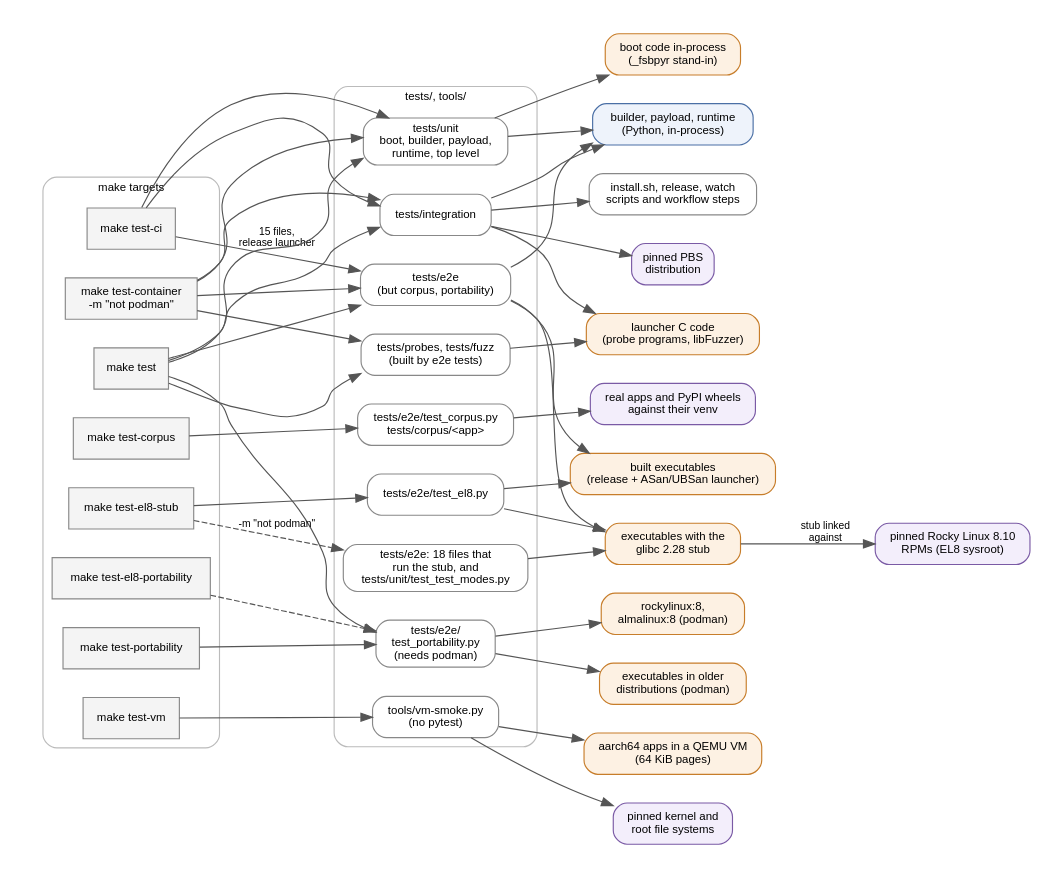
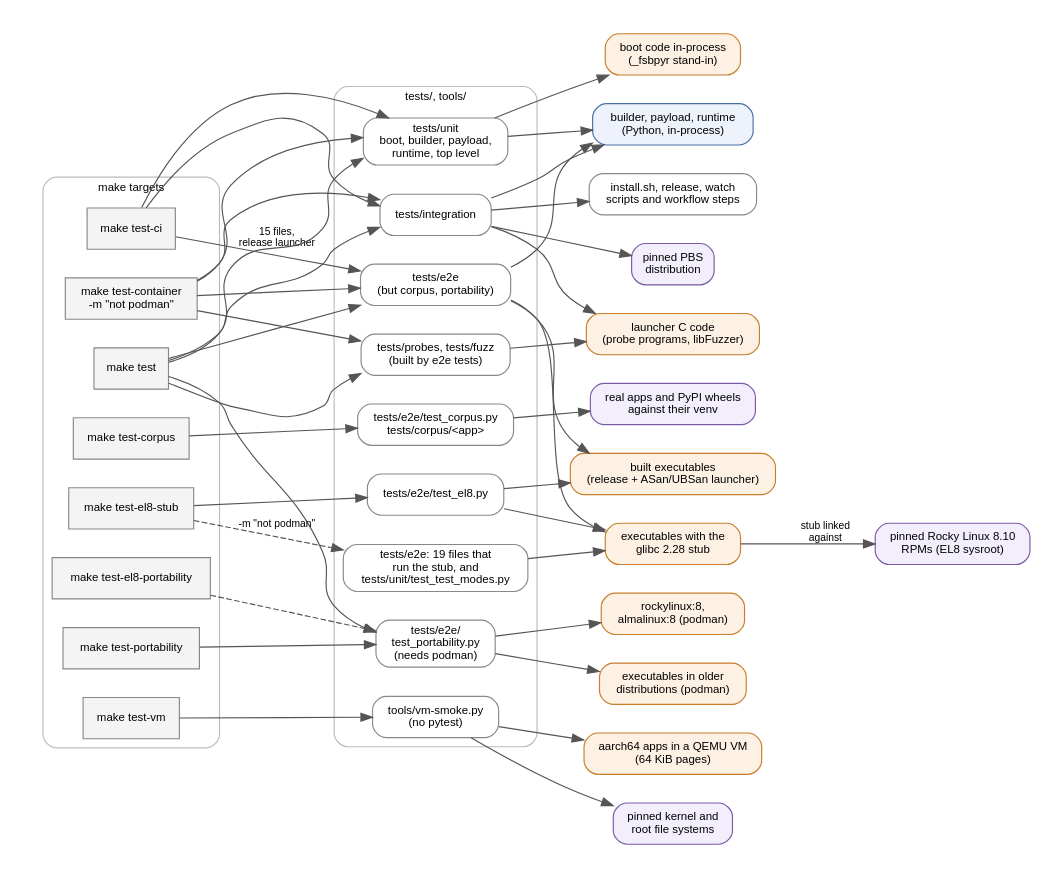
The diagram in wiki/diagrams/testing-layers.dot (devitops-com/fsbpyr), drawn with Graphviz before and after one commit. The commit also changed 7 other files, not shown here.

```diff
--- a/wiki/diagrams/testing-layers.dot
+++ b/wiki/diagrams/testing-layers.dot
@@ -1,91 +1,91 @@
 // The test layers of fsbpyr v0.30.0: which make target runs each (left), the test
 // directories and tools/vm-smoke.py (middle), and what each exercises (right). Colours on the
 // right follow the wiki's legend: build time (blue), run time inside a built executable
 // (orange), external inputs (purple). Make targets and test directories are neutral (grey,
 // white). make test-el8 is make test-el8-stub and make test-el8-portability; the dashed edges
 // run in the EL8 test mode (FSBPYR_TEST_GLIBC=2.28).
 digraph testing_layers {
   graph [fontname="Helvetica" fontsize=11 rankdir=LR bgcolor="white" pad=0.3 nodesep=0.35 ranksep=0.5];
   node [fontname="Helvetica" fontsize=10 shape=box style="rounded,filled" fillcolor="#eef3fb" color="#4a6fa5"];
   edge [fontname="Helvetica" fontsize=9 color="#555555"];
 
   subgraph cluster_make {
     label="make targets"; color="#bbbbbb"; style="rounded"; fontsize=10;
     node [style="filled" fillcolor="#f4f4f4" color="#888888"];
     test_ci [label="make test-ci"];
     test [label="make test"];
     test_container [label="make test-container\n-m \"not podman\""];
     test_corpus [label="make test-corpus"];
     test_portability [label="make test-portability"];
     test_el8_stub [label="make test-el8-stub"];
     test_el8_portability [label="make test-el8-portability"];
     test_vm [label="make test-vm"];
   }
 
   subgraph cluster_tests {
     label="tests/, tools/"; color="#bbbbbb"; style="rounded"; fontsize=10;
     node [fillcolor="#ffffff" color="#888888"];
     unit [label="tests/unit\nboot, builder, payload,\nruntime, top level"];
     integration [label="tests/integration"];
     e2e [label="tests/e2e\n(but corpus, portability)"];
-    el8_files [label="tests/e2e: 18 files that\nrun the stub, and\ntests/unit/test_test_modes.py"];
+    el8_files [label="tests/e2e: 19 files that\nrun the stub, and\ntests/unit/test_test_modes.py"];
     el8_test [label="tests/e2e/test_el8.py"];
     probes [label="tests/probes, tests/fuzz\n(built by e2e tests)"];
     portability [label="tests/e2e/\ntest_portability.py\n(needs podman)"];
     corpus [label="tests/e2e/test_corpus.py\ntests/corpus/<app>"];
     vmsmoke [label="tools/vm-smoke.py\n(no pytest)"];
   }
 
   python [label="builder, payload, runtime\n(Python, in-process)"];
   boot [label="boot code in-process\n(_fsbpyr stand-in)" fillcolor="#fdf1e3" color="#c77d2a"];
   scripts [label="install.sh, release, watch\nscripts and workflow steps" fillcolor="#ffffff" color="#888888"];
   pbs [label="pinned PBS\ndistribution" fillcolor="#f3eefb" color="#7a5aa5"];
   launcher [label="launcher C code\n(probe programs, libFuzzer)" fillcolor="#fdf1e3" color="#c77d2a"];
   executables [label="built executables\n(release + ASan/UBSan launcher)" fillcolor="#fdf1e3" color="#c77d2a"];
   el8_executables [label="executables with the\nglibc 2.28 stub" fillcolor="#fdf1e3" color="#c77d2a"];
   el8_sysroot [label="pinned Rocky Linux 8.10\nRPMs (EL8 sysroot)" fillcolor="#f3eefb" color="#7a5aa5"];
   distributions [label="executables in older\ndistributions (podman)" fillcolor="#fdf1e3" color="#c77d2a"];
   el8_images [label="rockylinux:8,\nalmalinux:8 (podman)" fillcolor="#fdf1e3" color="#c77d2a"];
   apps [label="real apps and PyPI wheels\nagainst their venv" fillcolor="#f3eefb" color="#7a5aa5"];
   vm [label="aarch64 apps in a QEMU VM\n(64 KiB pages)" fillcolor="#fdf1e3" color="#c77d2a"];
   kernels [label="pinned kernel and\nroot file systems" fillcolor="#f3eefb" color="#7a5aa5"];
 
   test_ci -> unit;
   test_ci -> integration;
   test_ci -> e2e [label="15 files,\nrelease launcher"];
   test -> unit;
   test -> integration;
   test -> e2e;
   test -> probes;
   test -> portability;
   test_container -> unit;
   test_container -> integration;
   test_container -> e2e;
   test_container -> probes;
   test_corpus -> corpus;
   test_portability -> portability;
   test_el8_stub -> el8_files [style=dashed label="-m \"not podman\""];
   test_el8_stub -> el8_test;
   test_el8_portability -> portability [style=dashed];
   test_vm -> vmsmoke;
 
   unit -> python;
   unit -> boot;
   integration -> python;
   integration -> pbs;
   integration -> scripts;
   integration -> launcher;
   e2e -> python;
   e2e -> executables;
   e2e -> el8_executables;
   el8_files -> el8_executables;
   el8_test -> executables;
   el8_test -> el8_executables;
   el8_executables -> el8_sysroot [label="stub linked\nagainst"];
   probes -> launcher;
   portability -> distributions;
   portability -> el8_images;
   corpus -> apps;
   vmsmoke -> vm;
   vmsmoke -> kernels;
 }
```
